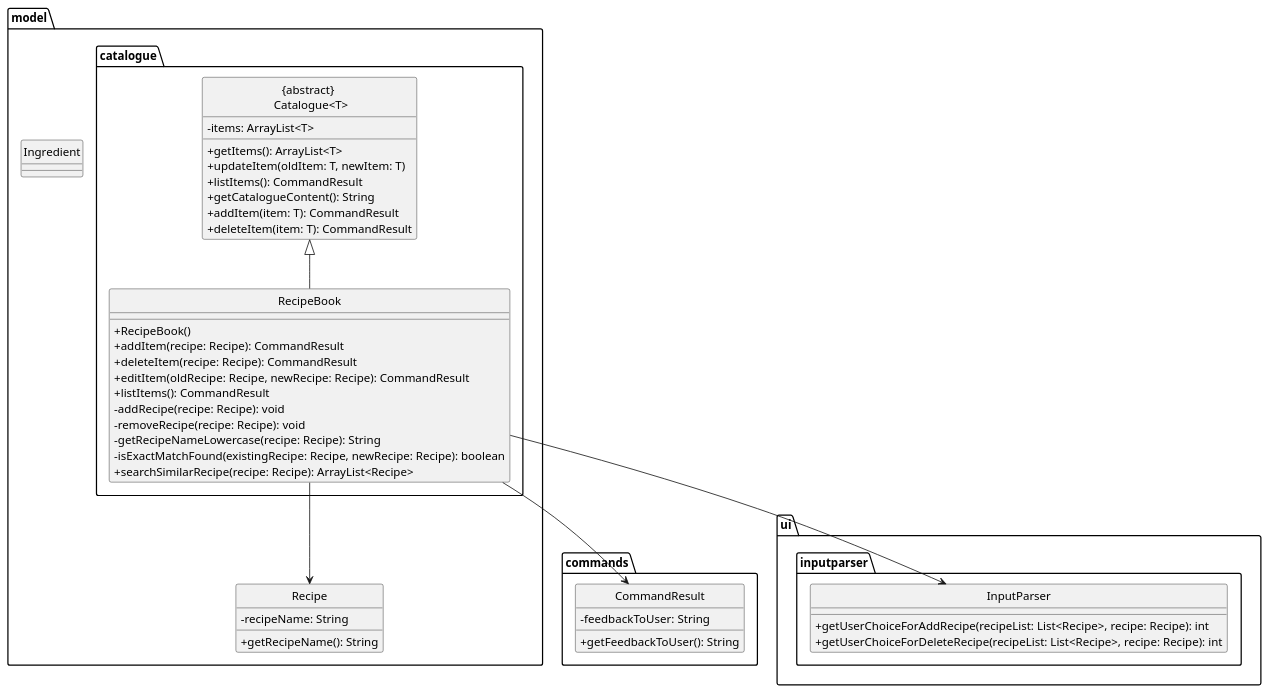
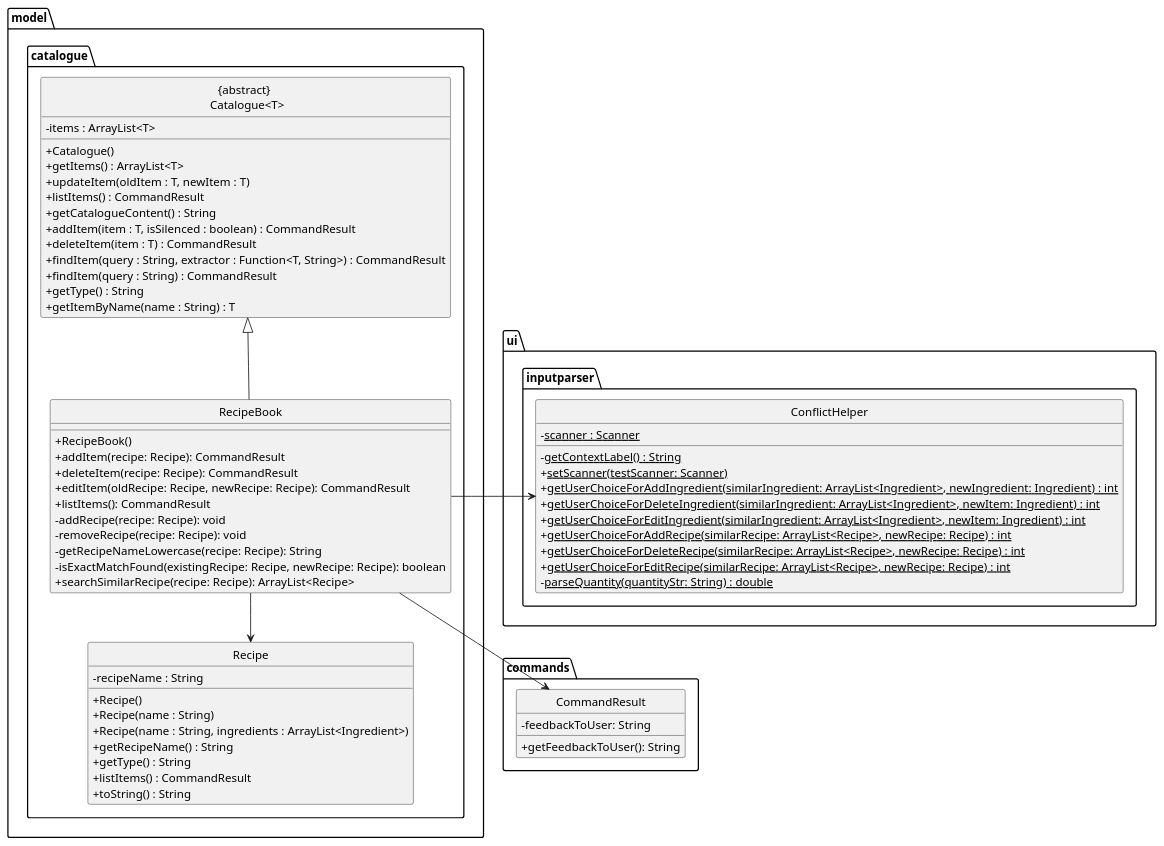
The diagram in docs/diagrams/recipebook.puml (ChingWhee/tp), drawn with PlantUML before and after one commit. The commit also changed 2 other files, not shown here.

Commit message:
Fixed DG formatting issues and recipebook uml

```diff
--- a/docs/diagrams/recipebook.puml
+++ b/docs/diagrams/recipebook.puml
@@ -1,60 +1,75 @@
 @startuml
 hide circle
 skinparam classAttributeIconSize 0
 
 package model.catalogue {
 
     class "{abstract} \n Catalogue<T>" {
-        - items: ArrayList<T>
-        + getItems(): ArrayList<T>
-        + updateItem(oldItem: T, newItem: T)
-        + listItems(): CommandResult
-        + getCatalogueContent(): String
-        + addItem(item: T): CommandResult
-        + deleteItem(item: T): CommandResult
+        - items : ArrayList<T>
+        + Catalogue()
+        + getItems() : ArrayList<T>
+        + updateItem(oldItem : T, newItem : T)
+        + listItems() : CommandResult
+        + getCatalogueContent() : String
+        + addItem(item : T, isSilenced : boolean) : CommandResult
+        + deleteItem(item : T) : CommandResult
+        + findItem(query : String, extractor : Function<T, String>) : CommandResult
+        + findItem(query : String) : CommandResult
+        + getType() : String
+        + getItemByName(name : String) : T
     }
 
     class RecipeBook {
         + RecipeBook()
         + addItem(recipe: Recipe): CommandResult
         + deleteItem(recipe: Recipe): CommandResult
         + editItem(oldRecipe: Recipe, newRecipe: Recipe): CommandResult
         + listItems(): CommandResult
         - addRecipe(recipe: Recipe): void
         - removeRecipe(recipe: Recipe): void
         - getRecipeNameLowercase(recipe: Recipe): String
         - isExactMatchFound(existingRecipe: Recipe, newRecipe: Recipe): boolean
         + searchSimilarRecipe(recipe: Recipe): ArrayList<Recipe>
     }
 
-    "{abstract} \n Catalogue<T>" <|-- RecipeBook
-}
-
-package model {
     class Recipe {
-        - recipeName: String
-        + getRecipeName(): String
+        - recipeName : String
+        + Recipe()
+        + Recipe(name : String)
+        + Recipe(name : String, ingredients : ArrayList<Ingredient>)
+        + getRecipeName() : String
+        + getType() : String
+        + listItems() : CommandResult
+        + toString() : String
     }
 
-    class Ingredient
+    "{abstract} \n Catalogue<T>" <|-- RecipeBook
 }
 
 package commands {
     class CommandResult {
         - feedbackToUser: String
         + getFeedbackToUser(): String
     }
 }
 
 package ui.inputparser {
-    class InputParser {
-        + getUserChoiceForAddRecipe(recipeList: List<Recipe>, recipe: Recipe): int
-        + getUserChoiceForDeleteRecipe(recipeList: List<Recipe>, recipe: Recipe): int
+    class ConflictHelper {
+        - <u>scanner : Scanner
+        - <u>getContextLabel() : String
+        + <u>setScanner(testScanner: Scanner)
+        + <u>getUserChoiceForAddIngredient(similarIngredient: ArrayList<Ingredient>, newIngredient: Ingredient) : int
+        + <u>getUserChoiceForDeleteIngredient(similarIngredient: ArrayList<Ingredient>, newItem: Ingredient) : int
+        + <u>getUserChoiceForEditIngredient(similarIngredient: ArrayList<Ingredient>, newItem: Ingredient) : int
+        + <u>getUserChoiceForAddRecipe(similarRecipe: ArrayList<Recipe>, newRecipe: Recipe) : int
+        + <u>getUserChoiceForDeleteRecipe(similarRecipe: ArrayList<Recipe>, newRecipe: Recipe) : int
+        + <u>getUserChoiceForEditRecipe(similarRecipe: ArrayList<Recipe>, newRecipe: Recipe) : int
+        - <u>parseQuantity(quantityStr: String) : double
     }
 }
 
 RecipeBook --> Recipe
 RecipeBook --> CommandResult
-RecipeBook --> InputParser
+RecipeBook -> ConflictHelper
 
 @enduml
```
